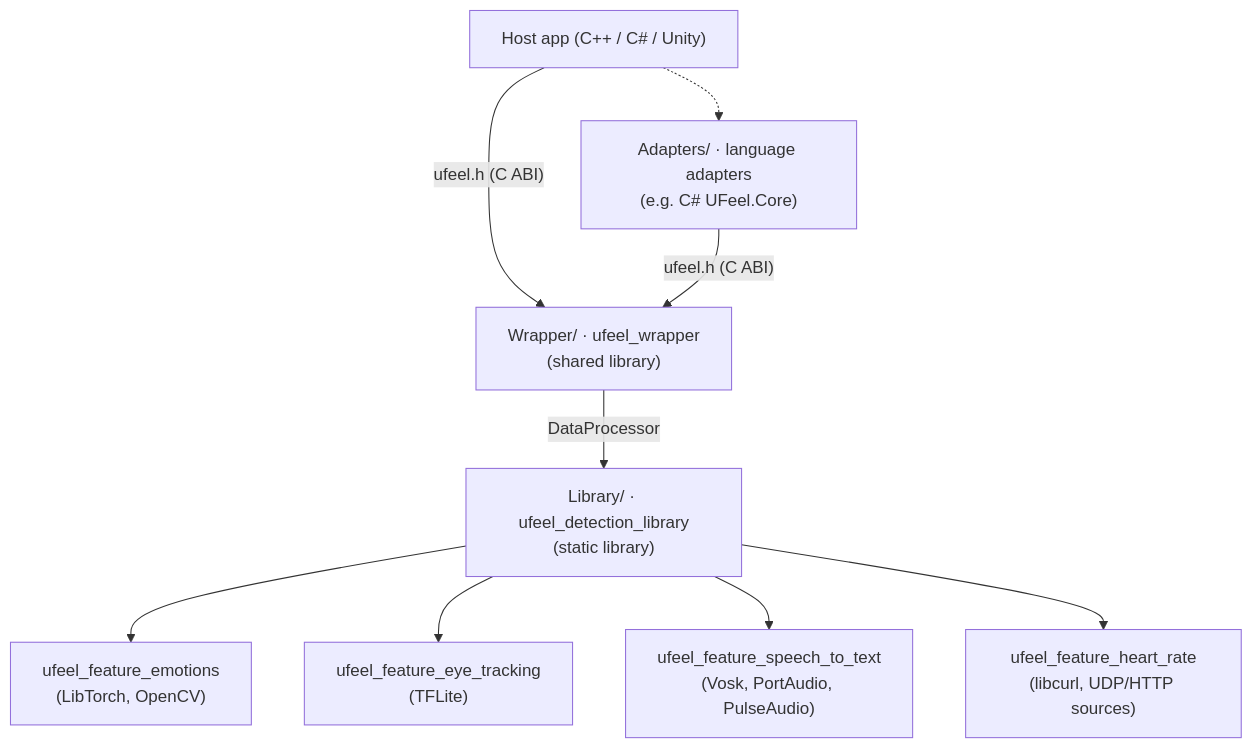
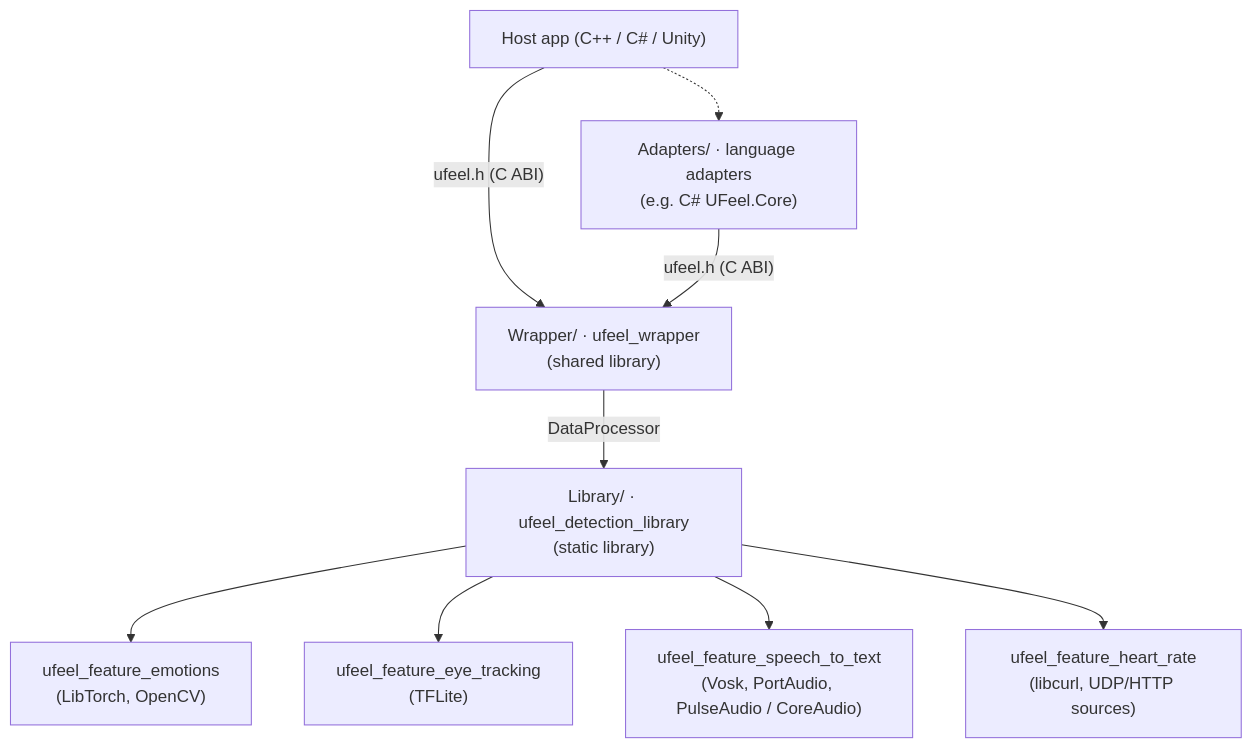
One commit to UFeel-dev/ufeel changed the diagram in docs/architecture.md. Above: the diagram before and after it, drawn with Mermaid. The commit also changed other lines of this file and 5 other files, not shown here.

````diff
--- a/docs/architecture.md
+++ b/docs/architecture.md
@@ -7,20 +7,20 @@
 ```mermaid
 flowchart TD
     Host["Host app (C++ / C# / Unity)"]
     Adapters["Adapters/ · language adapters<br/>(e.g. C# UFeel.Core)"]
     Wrapper["Wrapper/ · ufeel_wrapper<br/>(shared library)"]
     Library["Library/ · ufeel_detection_library<br/>(static library)"]
     Emotions["ufeel_feature_emotions<br/>(LibTorch, OpenCV)"]
     EyeTracking["ufeel_feature_eye_tracking<br/>(TFLite)"]
-    SpeechToText["ufeel_feature_speech_to_text<br/>(Vosk, PortAudio, PulseAudio)"]
+    SpeechToText["ufeel_feature_speech_to_text<br/>(Vosk, PortAudio, PulseAudio / CoreAudio)"]
     HeartRate["ufeel_feature_heart_rate<br/>(libcurl, UDP/HTTP sources)"]
 
     Host -->|"ufeel.h (C ABI)"| Wrapper
     Host -.-> Adapters
     Adapters -->|"ufeel.h (C ABI)"| Wrapper
     Wrapper -->|DataProcessor| Library
     Library --> Emotions
     Library --> EyeTracking
     Library --> SpeechToText
     Library --> HeartRate
 ```
````
